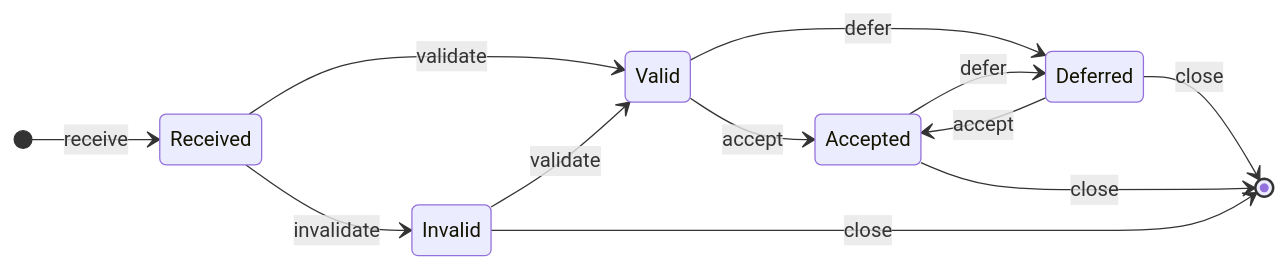
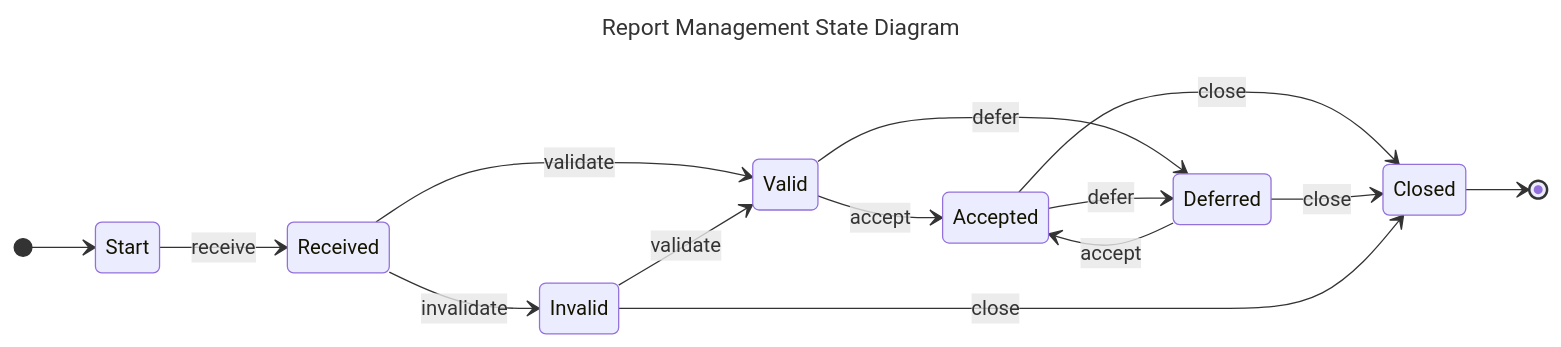
The diagram in docs/process_models/rm/rm_state_machine_diagram.md (CERTCC/Vultron), drawn with Mermaid before and after one commit. The commit also changed 4 other files, not shown here.

Commit message:
add some diagram titles

````diff
--- a/docs/process_models/rm/rm_state_machine_diagram.md
+++ b/docs/process_models/rm/rm_state_machine_diagram.md
@@ -1,21 +1,28 @@
 ```mermaid
+---
+title: Report Management State Diagram
+---
 stateDiagram-v2
     direction LR
+    S: Start
     R: Received
     I: Invalid
     V: Valid
     D: Deferred
     A: Accepted
+    C: Closed
 
-    [*] --> R : receive
+    [*] --> S
+    S --> R : receive
     R --> I: invalidate
     R --> V : validate
     I --> V : validate
     V --> A : accept
     V --> D : defer
     A --> D : defer
     D --> A : accept
-    D --> [*] : close
-    A --> [*] : close
-    I --> [*] : close
+    A --> C : close
+    D --> C : close
+    I --> C : close
+    C --> [*]
 ```
````
